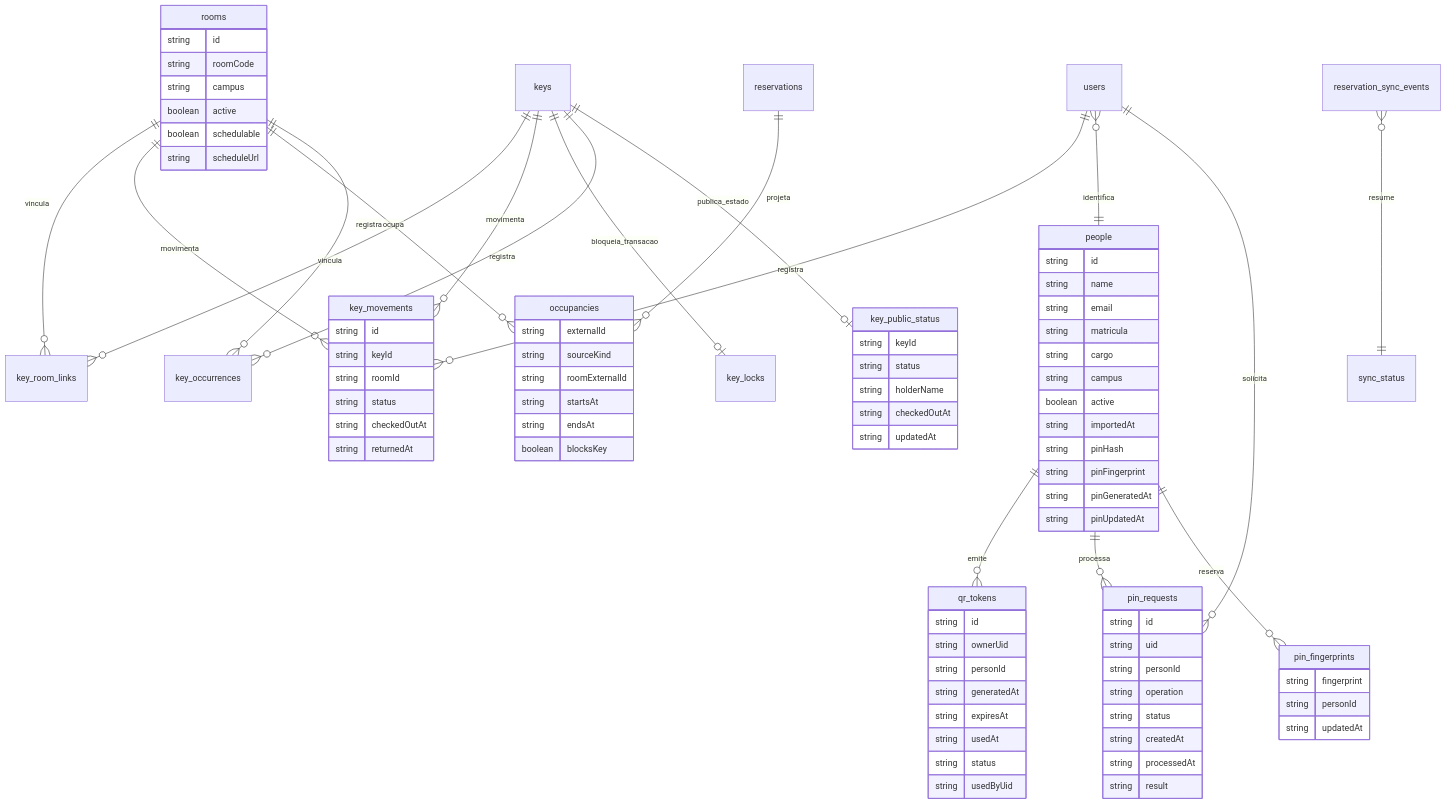
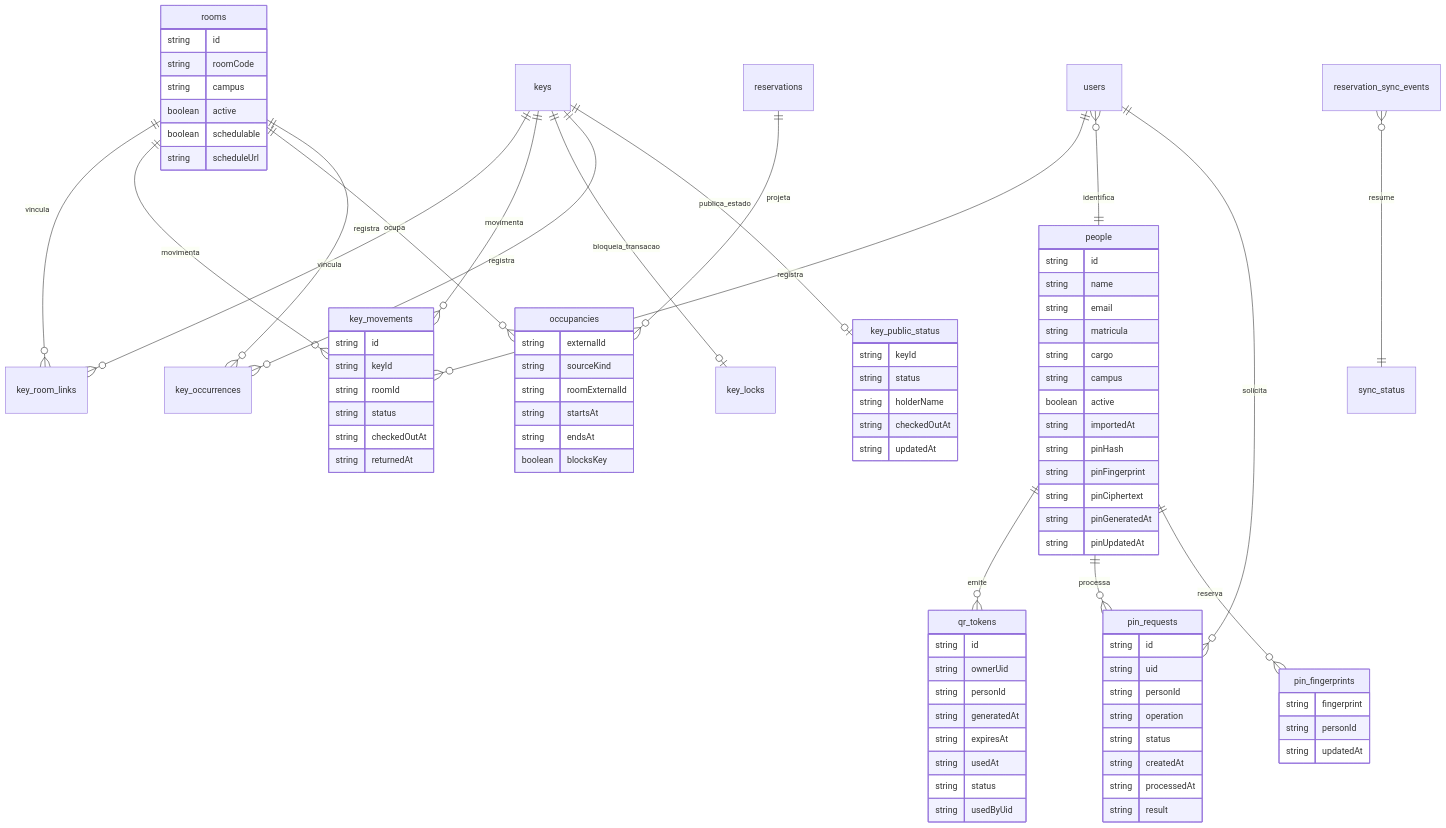
Before and after one commit to jacsonlinux/chaveiro-ifbaps: diagram 14 of 17 in docs/diagramas.md, drawn with Mermaid. The commit also changed other lines of this file and 15 other files, not shown here.

```diff
--- a/docs/diagramas.md
+++ b/docs/diagramas.md
@@ -312,6 +312,7 @@
       string importedAt
       string pinHash
       string pinFingerprint
+      string pinCiphertext
       string pinGeneratedAt
       string pinUpdatedAt
     }
```
